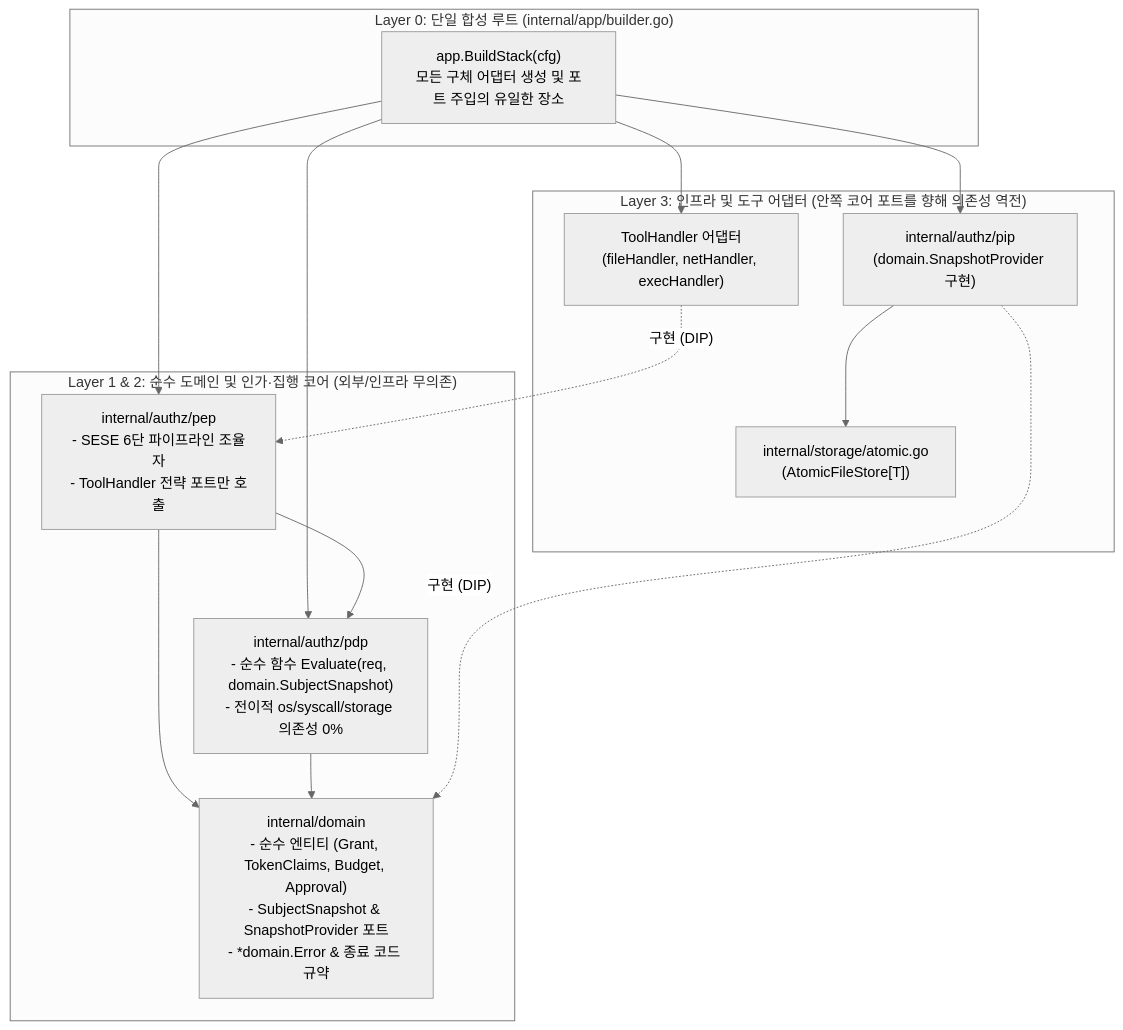
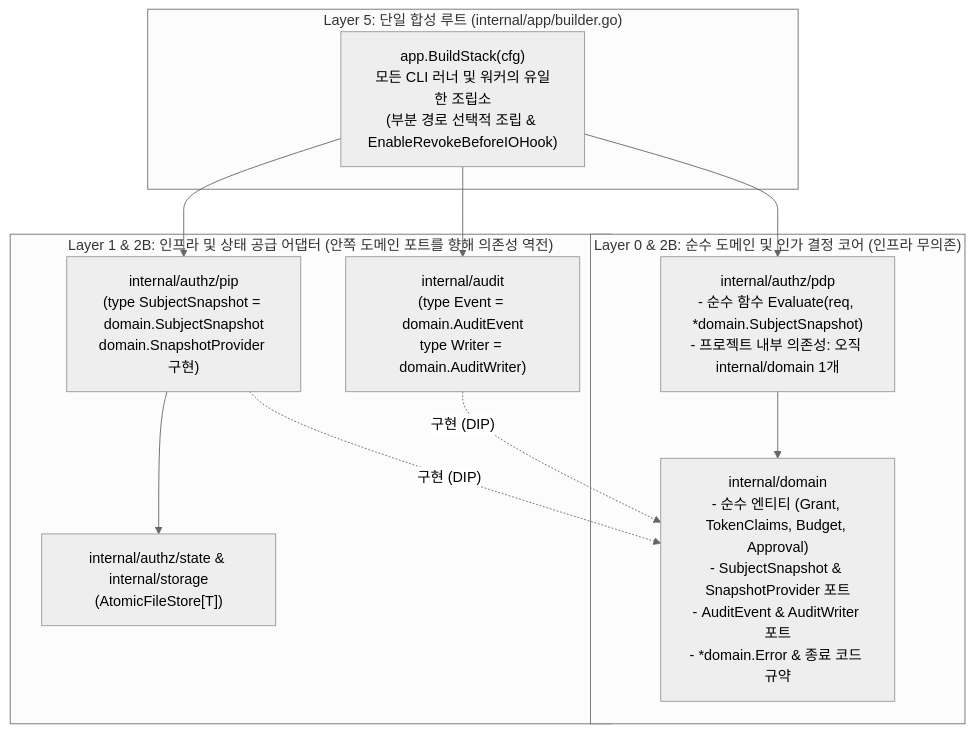
Before and after one commit to RadiantCitron/authz-harness: the diagram in docs/로드맵/17-도메인-순수성-및-의존성-역전-완결/ROADMAP.md, drawn with Mermaid (neutral theme). The commit also changed other lines of this file and 9 other files, not shown here.

Commit message:
docs(roadmap-17): 026번 보고서 작성 및 17번 로드맵 6대 검증 축 정밀 교정

````diff
--- a/docs/로드맵/17-도메인-순수성-및-의존성-역전-완결/ROADMAP.md
+++ b/docs/로드맵/17-도메인-순수성-및-의존성-역전-완결/ROADMAP.md
@@ -17,25 +17,23 @@
 ```mermaid
 flowchart TD
-    subgraph CompositionRoot["Layer 0: 단일 합성 루트 (internal/app/builder.go)"]
-        Builder["app.BuildStack(cfg)\n모든 구체 어댑터 생성 및 포트 주입의 유일한 장소"]
+    subgraph CompositionRoot["Layer 5: 단일 합성 루트 (internal/app/builder.go)"]
+        Builder["app.BuildStack(cfg)\n모든 CLI 러너 및 워커의 유일한 조립소\n(부분 경로 선택적 조립 & EnableRevokeBeforeIOHook)"]
     end
 
-    subgraph Core["Layer 1 & 2: 순수 도메인 및 인가·집행 코어 (외부/인프라 무의존)"]
-        Domain["internal/domain\n- 순수 엔티티 (Grant, TokenClaims, Budget, Approval)\n- SubjectSnapshot & SnapshotProvider 포트\n- *domain.Error & 종료 코드 규약"]
-        PDP["internal/authz/pdp\n- 순수 함수 Evaluate(req, domain.SubjectSnapshot)\n- 전이적 os/syscall/storage 의존성 0%"]
-        PEP["internal/authz/pep\n- SESE 6단 파이프라인 조율자\n- ToolHandler 전략 포트만 호출"]
+    subgraph Core["Layer 0 & 2B: 순수 도메인 및 인가 결정 코어 (인프라 무의존)"]
+        Domain["internal/domain\n- 순수 엔티티 (Grant, TokenClaims, Budget, Approval)\n- SubjectSnapshot & SnapshotProvider 포트\n- AuditEvent & AuditWriter 포트\n- *domain.Error & 종료 코드 규약"]
+        PDP["internal/authz/pdp\n- 순수 함수 Evaluate(req, *domain.SubjectSnapshot)\n- 프로젝트 내부 의존성: 오직 internal/domain 1개"]
     end
 
-    subgraph Adapters["Layer 3: 인프라 및 도구 어댑터 (안쪽 코어 포트를 향해 의존성 역전)"]
-        PIP["internal/authz/pip\n(domain.SnapshotProvider 구현)"]
-        Handlers["ToolHandler 어댑터\n(fileHandler, netHandler, execHandler)"]
-        Store["internal/storage/atomic.go\n(AtomicFileStore[T])"]
+    subgraph Adapters["Layer 1 & 2B: 인프라 및 상태 공급 어댑터 (안쪽 도메인 포트를 향해 의존성 역전)"]
+        PIP["internal/authz/pip\n(type SubjectSnapshot = domain.SubjectSnapshot\ndomain.SnapshotProvider 구현)"]
+        Audit["internal/audit\n(type Event = domain.AuditEvent\ntype Writer = domain.AuditWriter)"]
+        Store["internal/authz/state & internal/storage\n(AtomicFileStore[T])"]
     end
 
-    Builder --> PEP & PDP & PIP & Handlers
-    PEP --> PDP & Domain
+    Builder --> PDP & PIP & Audit
     PDP --> Domain
     PIP -.->|"구현 (DIP)"| Domain
-    Handlers -.->|"구현 (DIP)"| PEP
+    Audit -.->|"구현 (DIP)"| Domain
     PIP --> Store
 ```
````
